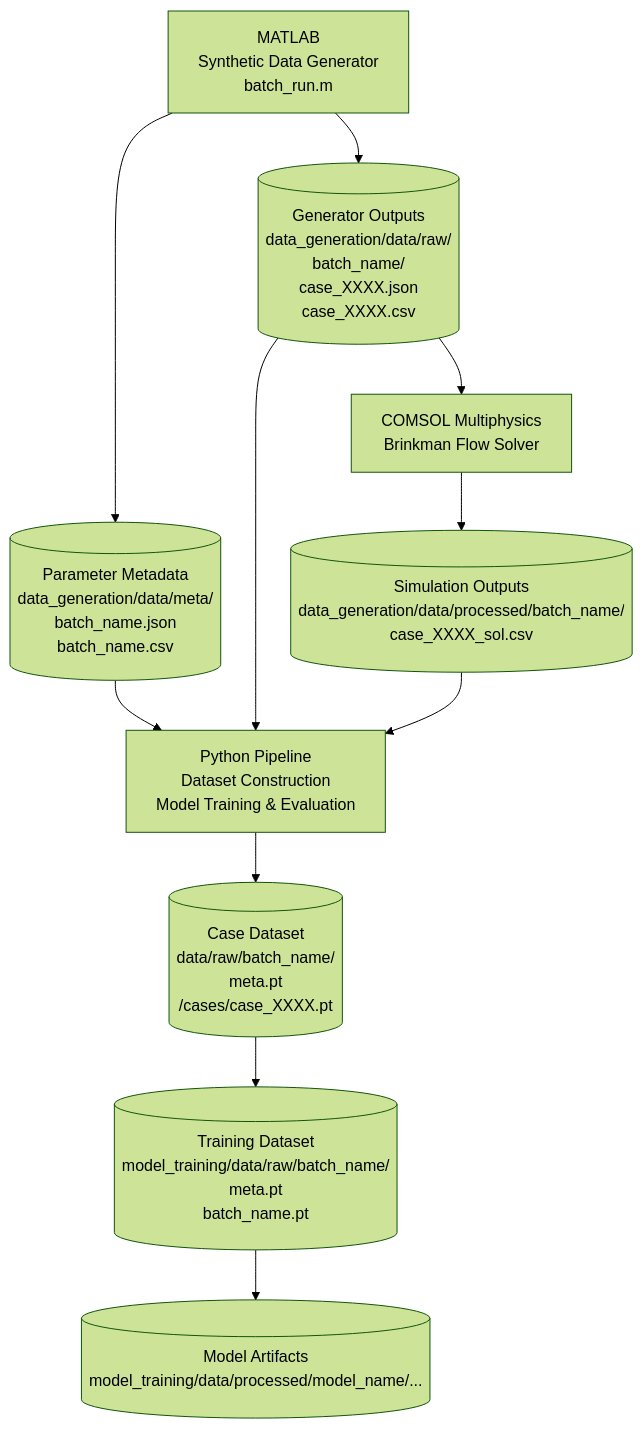
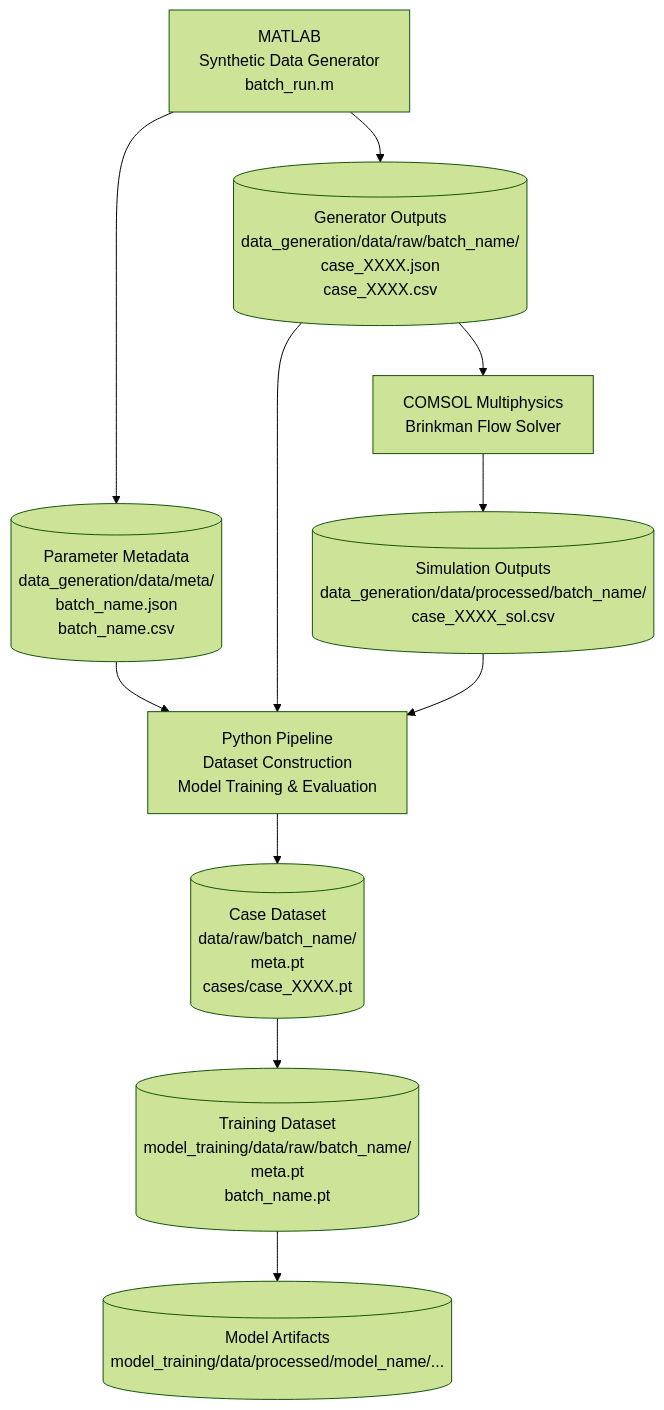
One commit to Rinovative/grainlegumes-pino-airflow changed the first of 2 diagrams in README.md. Above: the diagram before and after it, drawn with Mermaid (forest theme). The commit also changed other lines of this file, not shown here.

Commit message:
fix(README): correct file path formatting in data generation and model training sections

````diff
--- a/README.md
+++ b/README.md
@@ -87,27 +87,27 @@
 ```mermaid
 flowchart TD
 
 M[MATLAB<br/>Synthetic Data Generator<br/>batch_run.m]
 D1[(Parameter Metadata<br/>data_generation/data/meta/<br/>batch_name.json<br/>batch_name.csv)]
-D2[(Generator Outputs<br/>data_generation/data/raw/<br/>batch_name/<br/>case_XXXX.json<br/>case_XXXX.csv)]
+D2[(Generator Outputs<br/>data_generation/data/raw/batch_name/<br/>case_XXXX.json<br/>case_XXXX.csv)]
 C[COMSOL Multiphysics<br/>Brinkman Flow Solver]
 D3[(Simulation Outputs<br/>data_generation/data/processed/batch_name/<br/>case_XXXX_sol.csv)]
 P[Python Pipeline<br/>Dataset Construction<br/>Model Training & Evaluation]
-D4[(Case Dataset<br/>data/raw/batch_name/<br/>meta.pt<br/>/cases/case_XXXX.pt<br/>)]
+D4[(Case Dataset<br/>data/raw/batch_name/<br/>meta.pt<br/>cases/case_XXXX.pt<br/>)]
 D5[(Training Dataset<br/>model_training/data/raw/batch_name/<br/>meta.pt<br/>batch_name.pt)]
 D6[(Model Artifacts<br/>model_training/data/processed/model_name/...)]
 
 M --> D1
 M --> D2
 D2 --> C
 C --> D3
 
 D1 --> P
 D2 --> P
 D3 --> P
 
 P --> D4
 D4 --> D5
 D5 --> D6
 
 ```
````
